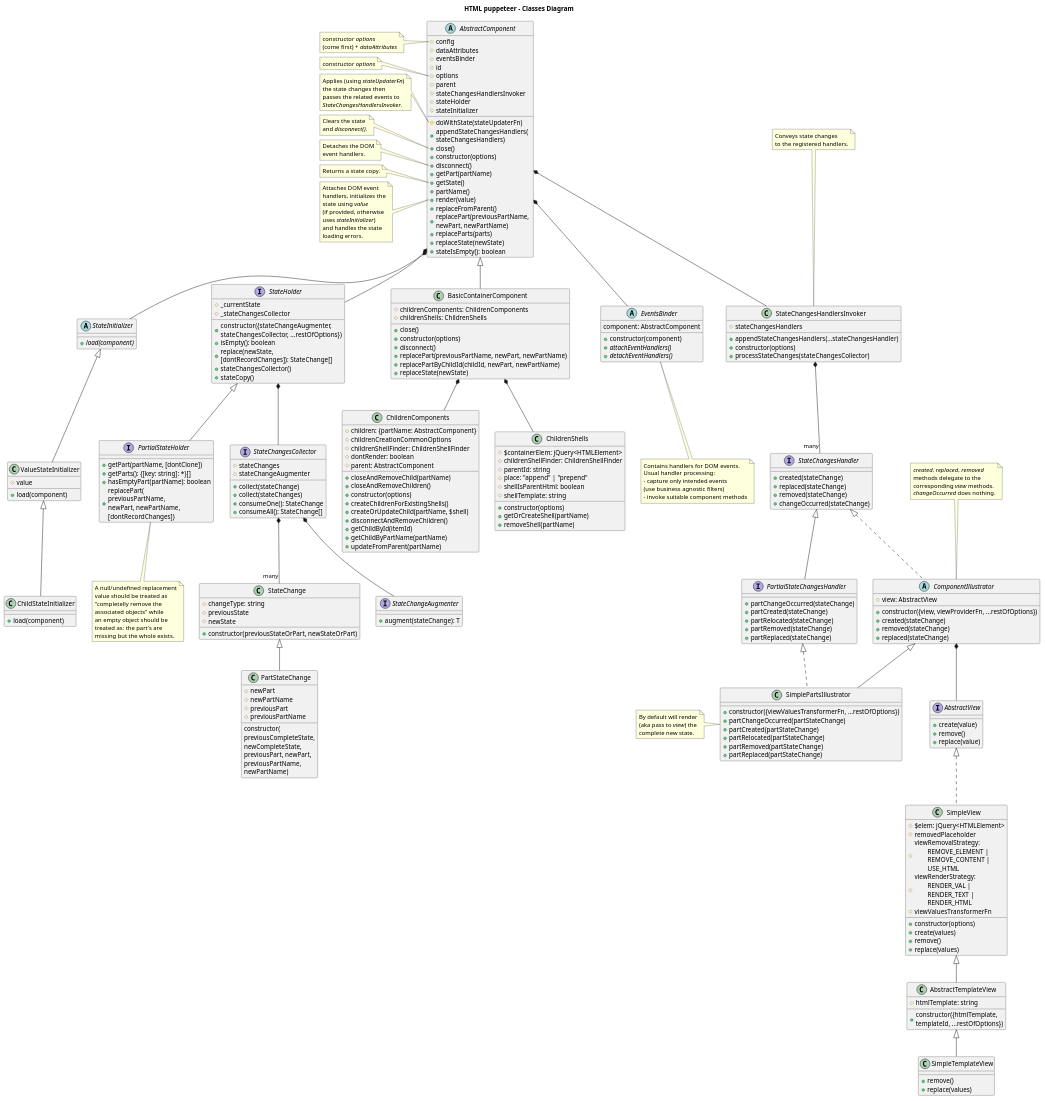
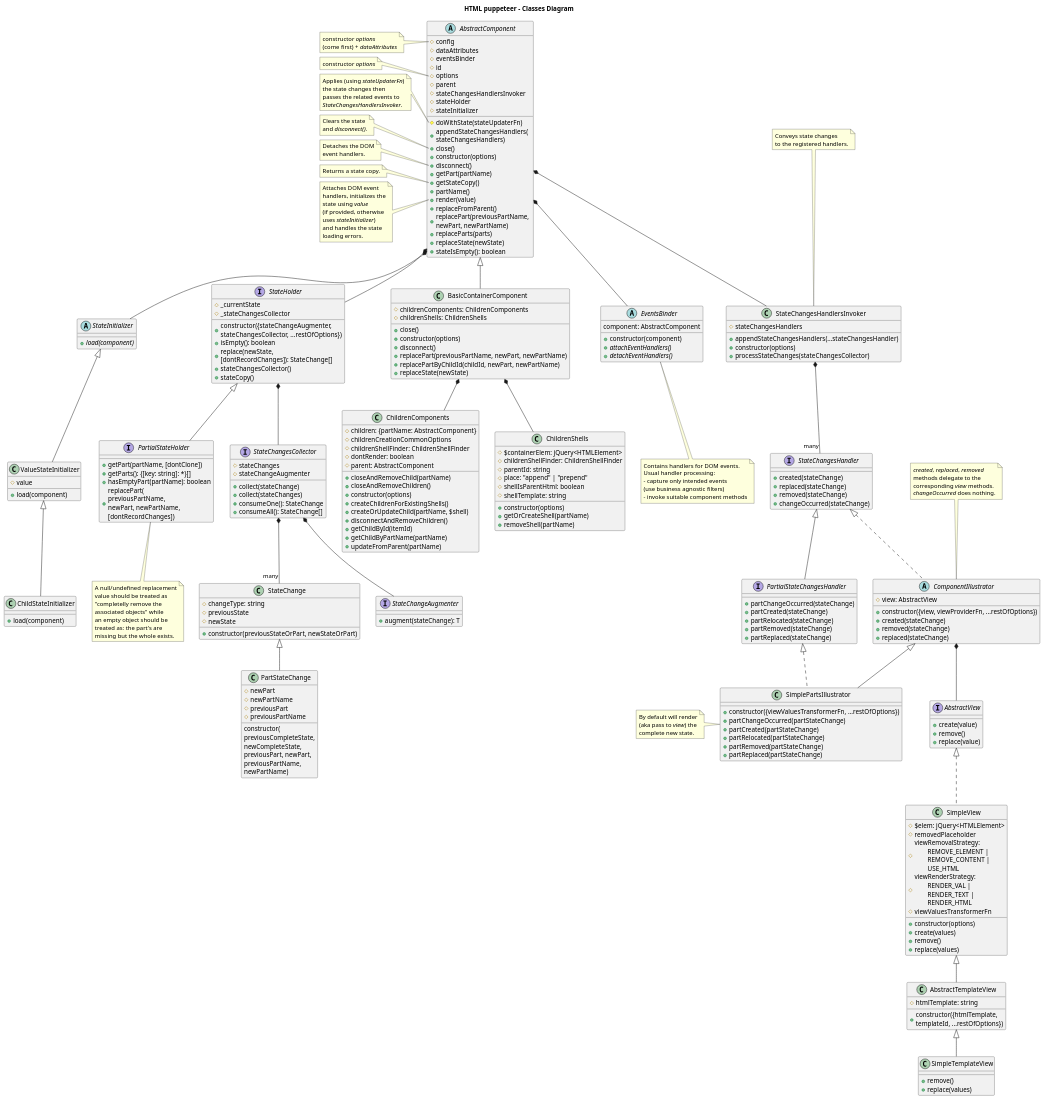
The diagram in design/classes-diagram.puml (adrhc/html-puppeteer), drawn with PlantUML before and after one commit. The commit also changed 8 other files, not shown here.

```diff
--- a/design/classes-diagram.puml
+++ b/design/classes-diagram.puml
@@ -18,7 +18,7 @@
   +constructor(options)
   +disconnect()
   +getPart(partName)
-  +getState()
+  +getStateCopy()
   +partName()
   +render(value)
   +replaceFromParent()
```
